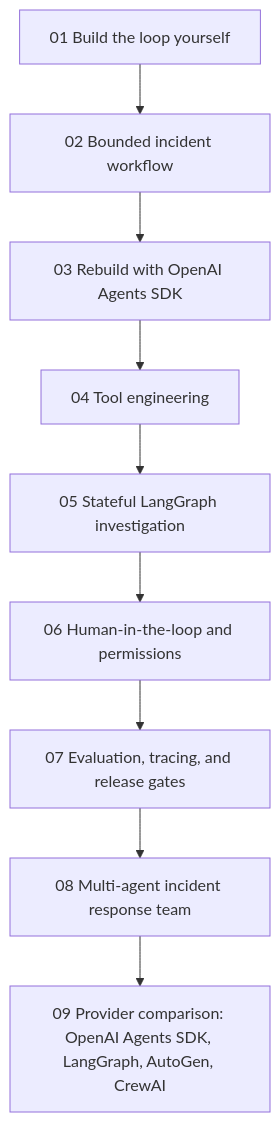
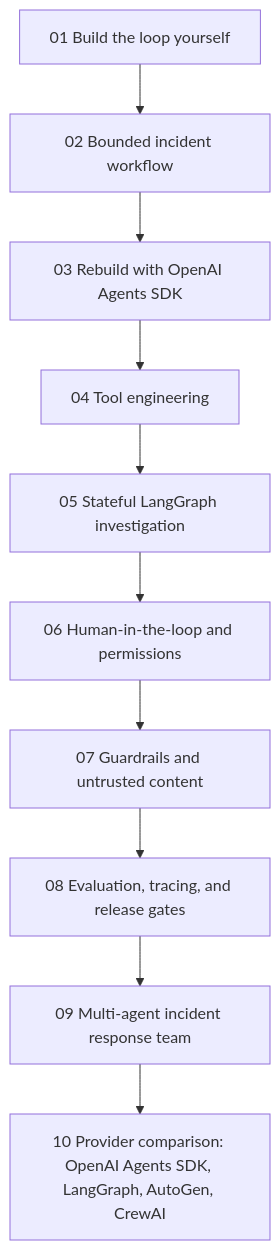
One commit to mahsa-teimourikia/awesome-ai-agents changed the diagram in docs/agentops-lab.md. Above: the diagram before and after it, drawn with Mermaid. The commit also changed other lines of this file and 8 other files, not shown here.

Commit message:
Add AgentOps guardrails notebook

````diff
--- a/docs/agentops-lab.md
+++ b/docs/agentops-lab.md
@@ -35,11 +36,12 @@
 ```mermaid
 flowchart TD
     N1["01 Build the loop yourself"] --> N2["02 Bounded incident workflow"]
     N2 --> N3["03 Rebuild with OpenAI Agents SDK"]
     N3 --> N4["04 Tool engineering"]
     N4 --> N5["05 Stateful LangGraph investigation"]
     N5 --> N6["06 Human-in-the-loop and permissions"]
-    N6 --> N7["07 Evaluation, tracing, and release gates"]
-    N7 --> N8["08 Multi-agent incident response team"]
-    N8 --> N9["09 Provider comparison: OpenAI Agents SDK, LangGraph, AutoGen, CrewAI"]
+    N6 --> N7["07 Guardrails and untrusted content"]
+    N7 --> N8["08 Evaluation, tracing, and release gates"]
+    N8 --> N9["09 Multi-agent incident response team"]
+    N9 --> N10["10 Provider comparison: OpenAI Agents SDK, LangGraph, AutoGen, CrewAI"]
 ```
````
